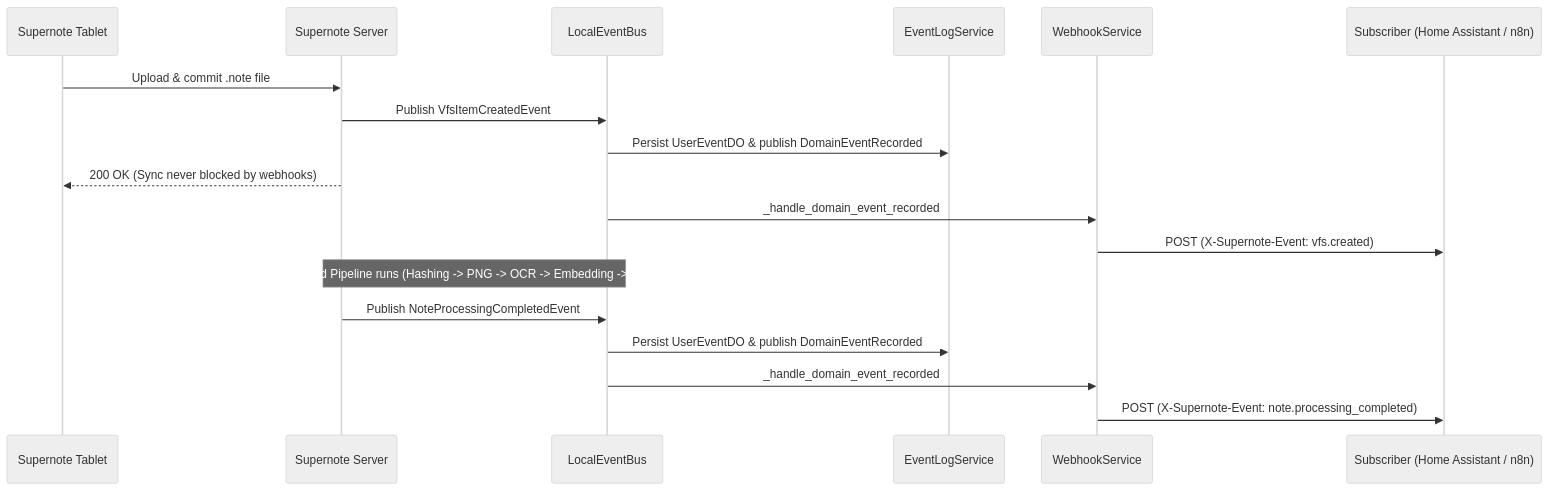
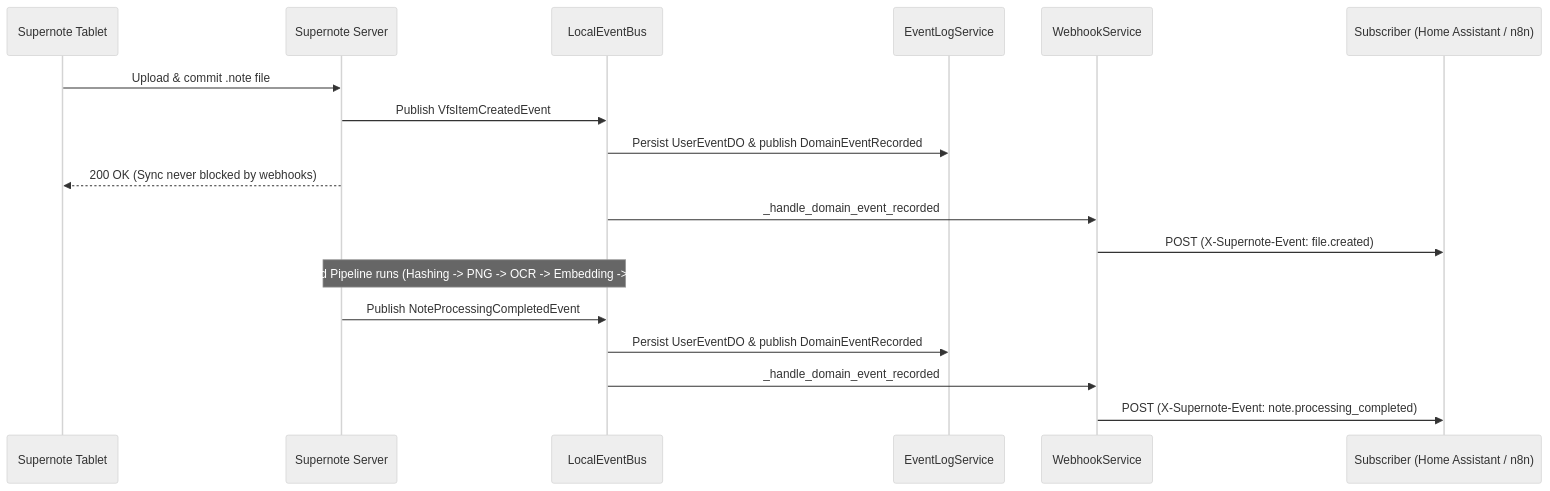
The diagram in docs/webhooks_and_integrations.md (allenporter/supernote), drawn with Mermaid (neutral theme) before and after one commit. The commit also changed other lines of this file and 26 other files, not shown here.

````diff
--- a/docs/webhooks_and_integrations.md
+++ b/docs/webhooks_and_integrations.md
@@ -104,21 +104,21 @@
 ```mermaid
 sequenceDiagram
     participant Device as Supernote Tablet
     participant Server as Supernote Server
     participant Bus as LocalEventBus
     participant EL as EventLogService
     participant WH as WebhookService
     participant Endpoint as Subscriber (Home Assistant / n8n)
 
     Device->>Server: Upload & commit .note file
     Server->>Bus: Publish VfsItemCreatedEvent
     Bus->>EL: Persist UserEventDO & publish DomainEventRecorded
     Server-->>Device: 200 OK (Sync never blocked by webhooks)
     Bus->>WH: _handle_domain_event_recorded
-    WH->>Endpoint: POST (X-Supernote-Event: vfs.created)
+    WH->>Endpoint: POST (X-Supernote-Event: file.created)
     Note over Server,Bus: Background Pipeline runs (Hashing -> PNG -> OCR -> Embedding -> Summary)
     Server->>Bus: Publish NoteProcessingCompletedEvent
     Bus->>EL: Persist UserEventDO & publish DomainEventRecorded
     Bus->>WH: _handle_domain_event_recorded
     WH->>Endpoint: POST (X-Supernote-Event: note.processing_completed)
 ```
````
